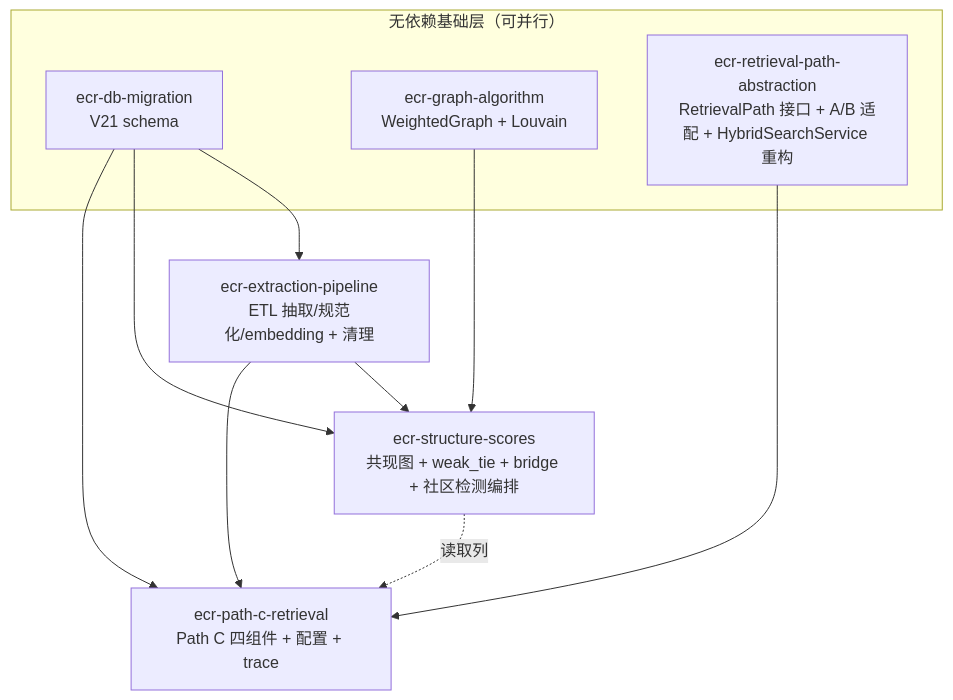
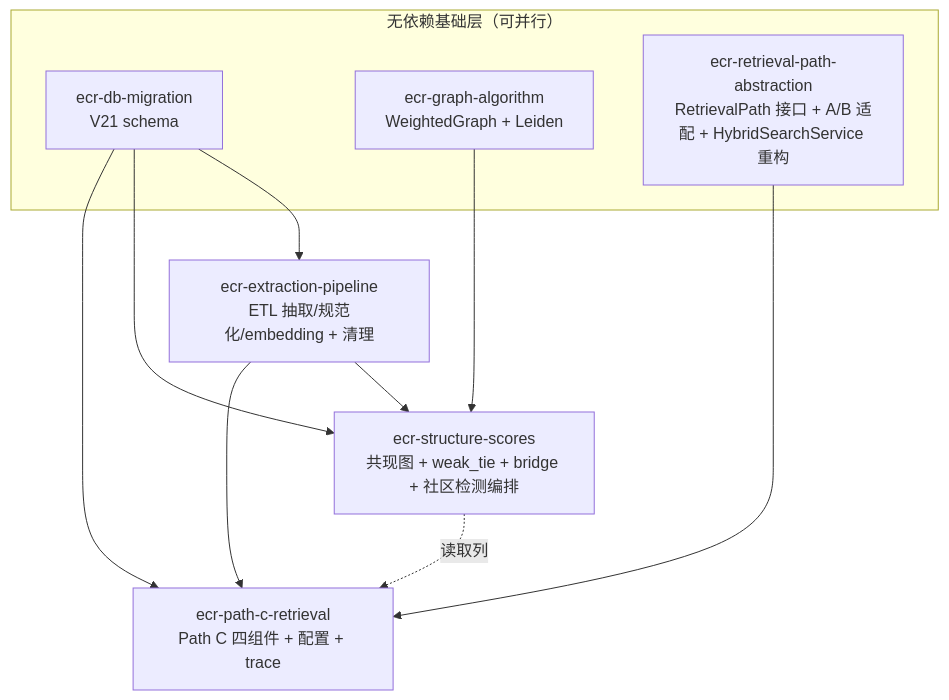
One commit to 343242/deepseek-chat-demo changed the diagram in .trellis/tasks/07-17-entity-centric-retrieval/design.md. Above: the diagram before and after it, drawn with Mermaid. The commit also changed 24 other files, not shown here.

First line of the commit message:
feat(rag): replace Louvain with Leiden community detection (γ-connected)

````diff
--- a/.trellis/tasks/07-17-entity-centric-retrieval/design.md
+++ b/.trellis/tasks/07-17-entity-centric-retrieval/design.md
@@ -9,20 +9,20 @@
 ```mermaid
 flowchart TB
     subgraph FOUND["无依赖基础层（可并行）"]
         DB["ecr-db-migration<br/>V21 schema"]
-        ALG["ecr-graph-algorithm<br/>WeightedGraph + Louvain"]
+        ALG["ecr-graph-algorithm<br/>WeightedGraph + Leiden"]
         RPA["ecr-retrieval-path-abstraction<br/>RetrievalPath 接口 + A/B 适配 + HybridSearchService 重构"]
     end
     EXT["ecr-extraction-pipeline<br/>ETL 抽取/规范化/embedding + 清理"]
     STR["ecr-structure-scores<br/>共现图 + weak_tie + bridge + 社区检测编排"]
     PATHC["ecr-path-c-retrieval<br/>Path C 四组件 + 配置 + trace"]
 
     DB --> EXT
     DB --> STR
     ALG --> STR
     EXT --> STR
     DB --> PATHC
     RPA --> PATHC
     EXT --> PATHC
     STR -.读取列.-> PATHC
 ```
````
